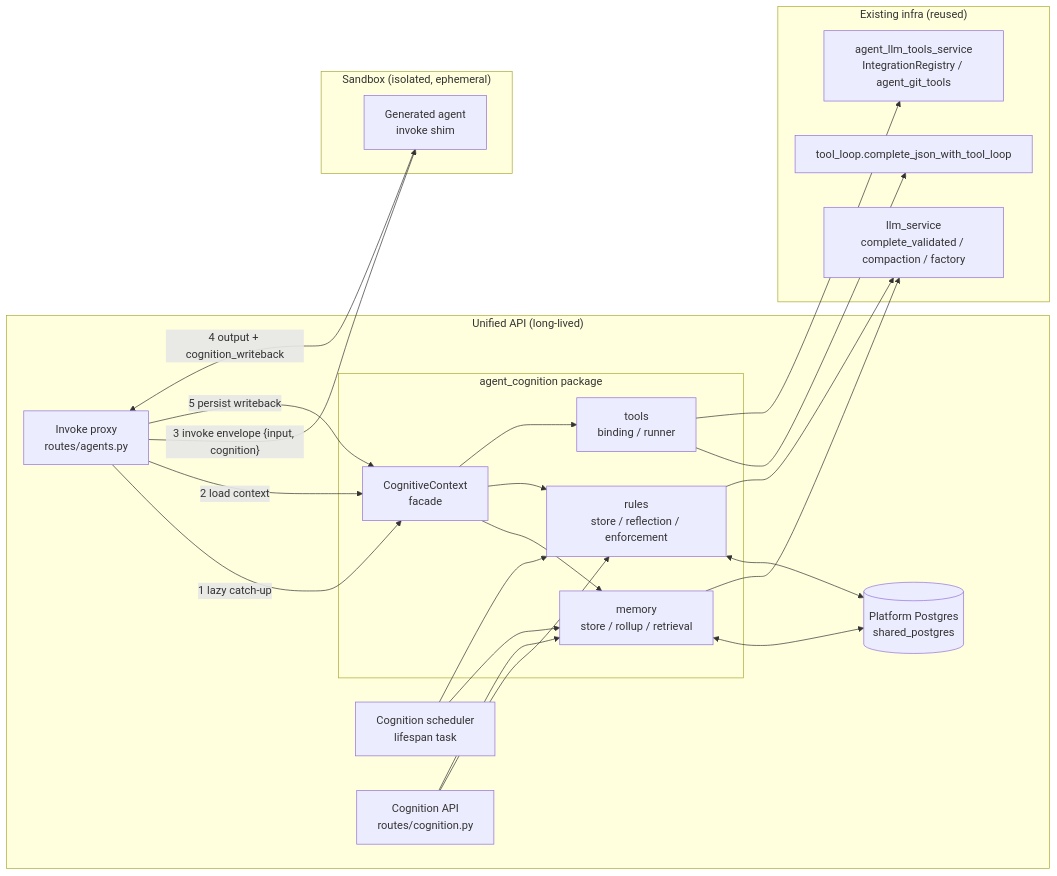
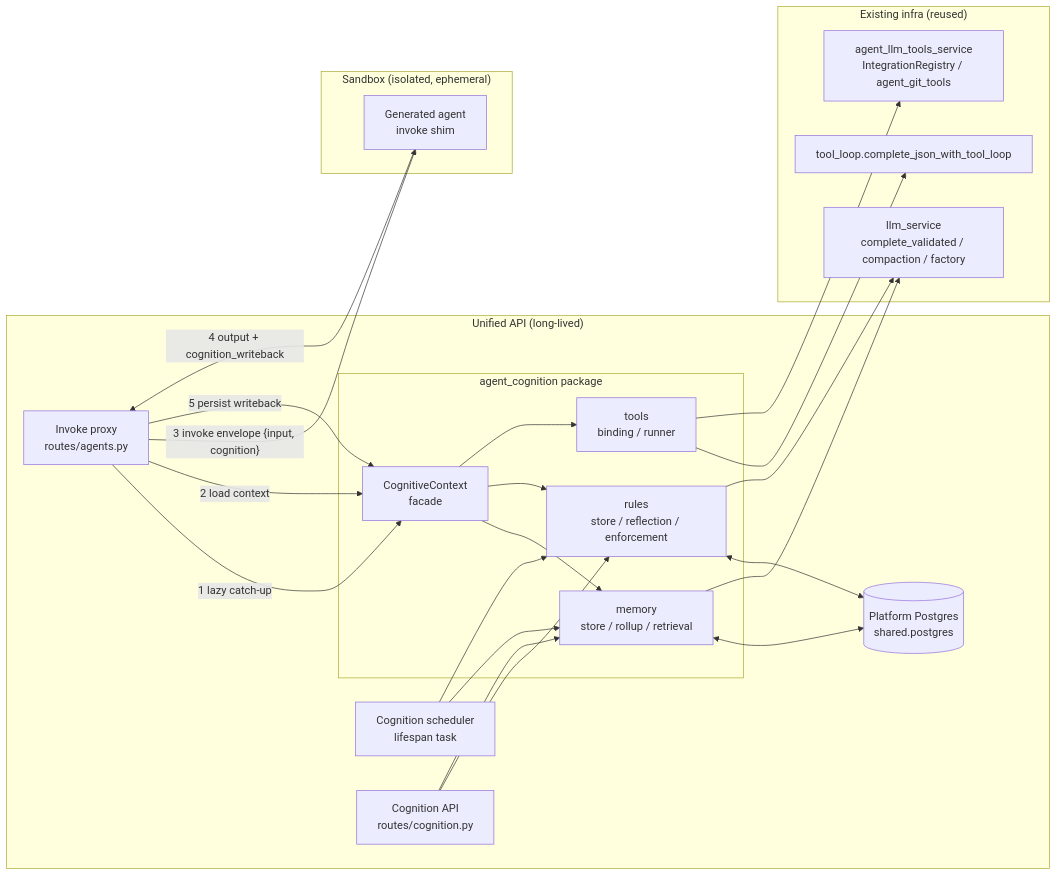
Before and after one commit to brandonkindred/Khala-Agentic-AI-Teams: the second of 6 diagrams in backend/agents/agent_cognition/DESIGN.md, drawn with Mermaid. The commit also changed other lines of this file and 575 other files, not shown here.

````diff
--- a/backend/agents/agent_cognition/DESIGN.md
+++ b/backend/agents/agent_cognition/DESIGN.md
@@ -110,41 +110,41 @@
 ```mermaid
 flowchart LR
   subgraph Platform["Unified API (long-lived)"]
     PX[Invoke proxy<br/>routes/agents.py]
     SCH[Cognition scheduler<br/>lifespan task]
     HITL[Cognition API<br/>routes/cognition.py]
     subgraph CC["agent_cognition package"]
       CTX[CognitiveContext<br/>facade]
       MEM[memory<br/>store / rollup / retrieval]
       RUL[rules<br/>store / reflection / enforcement]
       TLS[tools<br/>binding / runner]
     end
-    PG[(Platform Postgres<br/>shared_postgres)]
+    PG[(Platform Postgres<br/>shared.postgres)]
   end
 
   subgraph Ext["Existing infra (reused)"]
     LLM[llm_service<br/>complete_validated / compaction / factory]
     REG[agent_llm_tools_service<br/>IntegrationRegistry / agent_git_tools]
     LOOP[tool_loop.complete_json_with_tool_loop]
   end
 
   subgraph SB["Sandbox (isolated, ephemeral)"]
     AG[Generated agent<br/>invoke shim]
   end
 
   PX -- "1 lazy catch-up" --> CTX
   PX -- "2 load context" --> CTX
   PX -- "3 invoke envelope {input, cognition}" --> AG
   AG -- "4 output + cognition_writeback" --> PX
   PX -- "5 persist writeback" --> CTX
 
   CTX --> MEM & RUL & TLS
   MEM <--> PG
   RUL <--> PG
   TLS --> LOOP
   MEM --> LLM
   RUL --> LLM
   TLS --> REG
   SCH --> MEM & RUL
   HITL --> RUL & MEM
 ```
````
